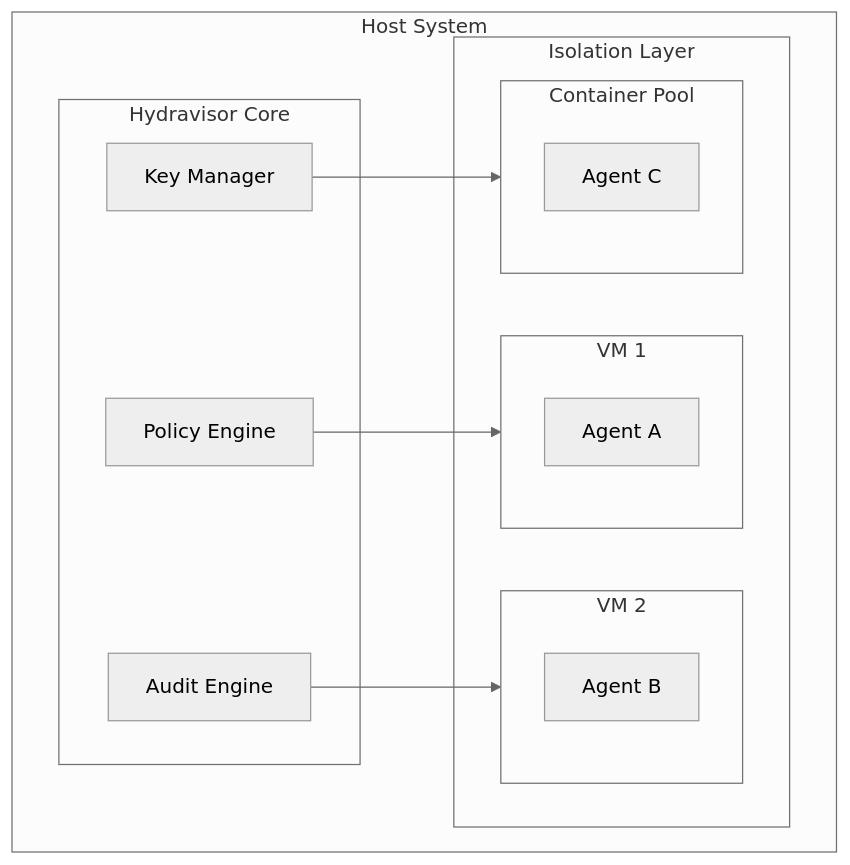
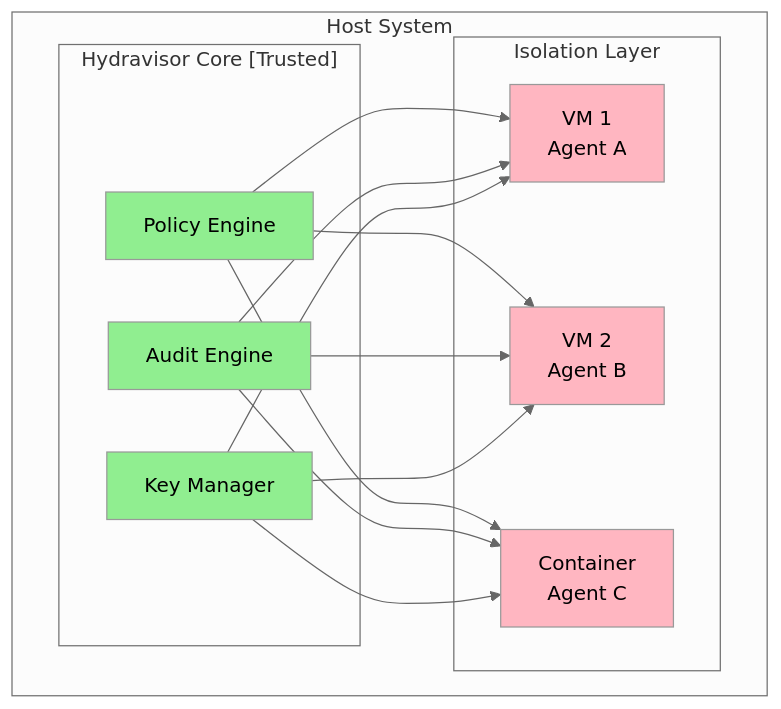
One commit to TrippingKelsea/Hydravisor changed the first of 2 diagrams in technical_design/security.md. Above: the diagram before and after it, drawn with Mermaid (neutral theme). The commit also changed other lines of this file and 1 other file, not shown here.

````diff
--- a/technical_design/security.md
+++ b/technical_design/security.md
@@ -28,26 +30,35 @@
 ```mermaid
-flowchart TD
-    subgraph HostSystem["Host System"]
-        subgraph HydravisorCore["Hydravisor Core"]
-            PolicyEngine["Policy Engine"]
-            AuditEngine["Audit Engine"]
-            KeyManager["Key Manager"]
+graph TB
+    subgraph "Host System"
+        subgraph "Hydravisor Core [Trusted]"
+            PE[Policy Engine]
+            AE[Audit Engine]
+            KM[Key Manager]
         end
-
-        PolicyEngine --> VM1
-        AuditEngine --> VM2
-        KeyManager --> ContainerPool
-
-        subgraph IsolationLayer["Isolation Layer"]
-            subgraph VM1["VM 1"]
-                AgentA["Agent A"]
-            end
-            subgraph VM2["VM 2"]
-                AgentB["Agent B"]
-            end
-            subgraph ContainerPool["Container Pool"]
-                AgentC["Agent C"]
-            end
+        
+        subgraph "Isolation Layer"
+            VM1[VM 1<br/>Agent A]
+            VM2[VM 2<br/>Agent B]
+            CT1[Container<br/>Agent C]
         end
     end
+    
+    PE --> VM1
+    PE --> VM2
+    PE --> CT1
+    
+    AE --> VM1
+    AE --> VM2
+    AE --> CT1
+    
+    KM --> VM1
+    KM --> VM2
+    KM --> CT1
+    
+    style PE fill:#90EE90
+    style AE fill:#90EE90
+    style KM fill:#90EE90
+    style VM1 fill:#FFB6C1
+    style VM2 fill:#FFB6C1
+    style CT1 fill:#FFB6C1
 ```
````
